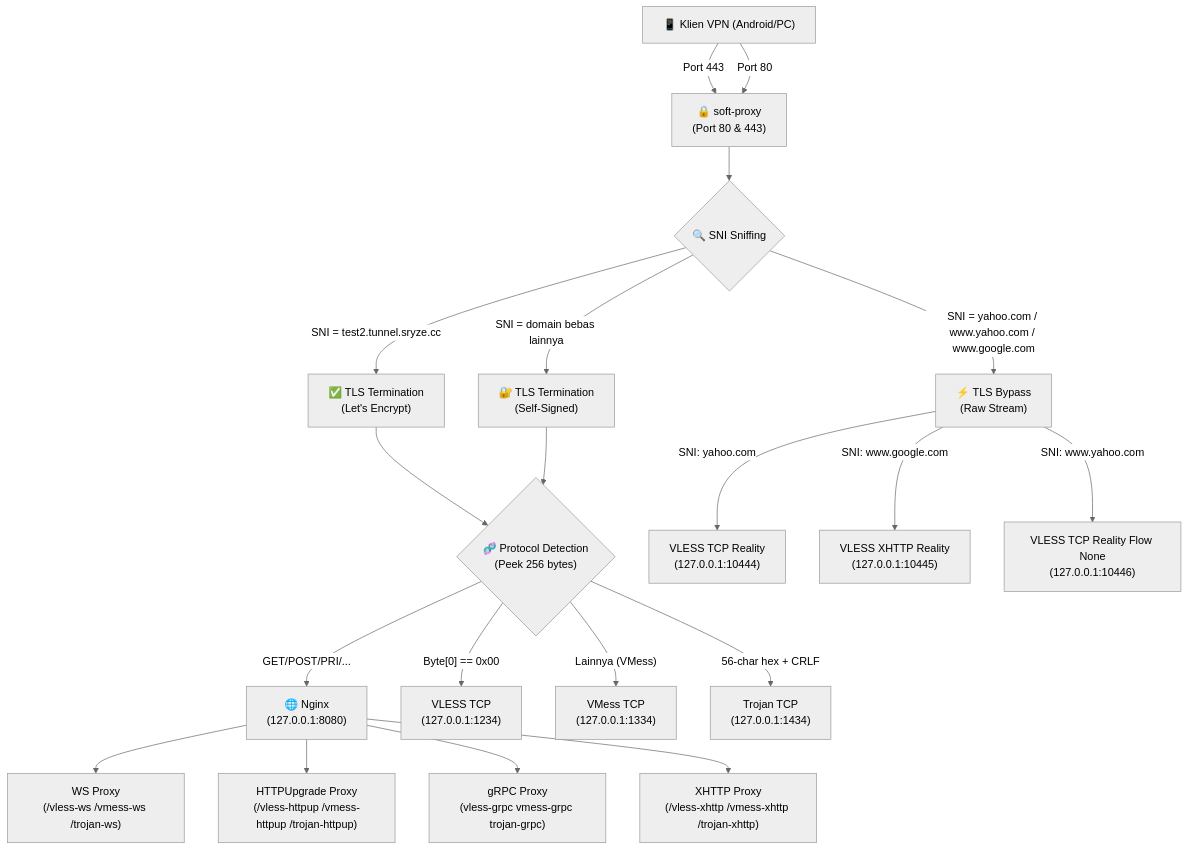
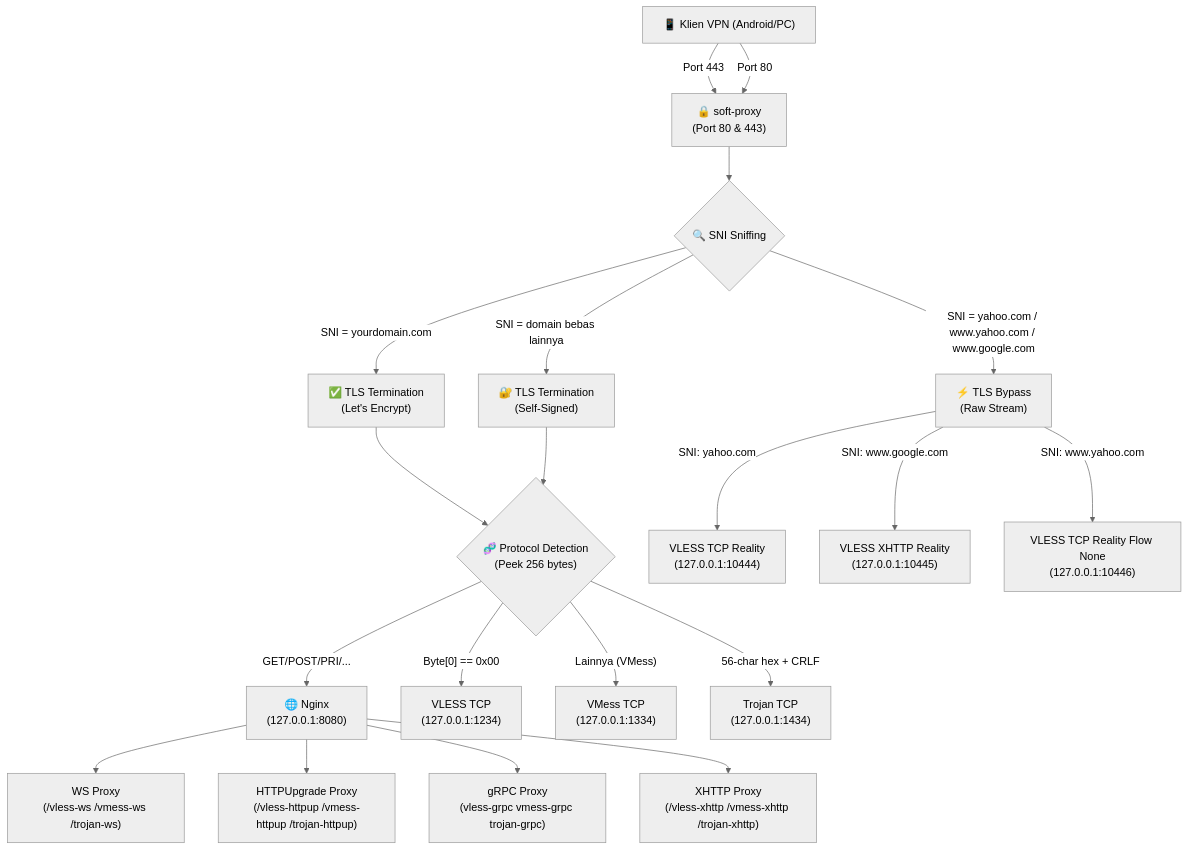
Before and after one commit to superdecrypt-dev/soft-proxy: the diagram in README.md, drawn with Mermaid (neutral theme). The commit also changed other lines of this file, not shown here.

Commit message:
Replace domain test2.tunnel.sryze.cc with dummy domain yourdomain.com in README.md

````diff
--- a/README.md
+++ b/README.md
@@ -44,48 +44,48 @@
 ```mermaid
 flowchart TD
     Client["📱 Klien VPN (Android/PC)"]
     SP["🔒 soft-proxy\n(Port 80 & 443)"]
     SNI{"🔍 SNI Sniffing"}
     ACME["✅ TLS Termination\n(Let's Encrypt)"]
     SS["🔐 TLS Termination\n(Self-Signed)"]
     BYPASS["⚡ TLS Bypass\n(Raw Stream)"]
     DETECT{"🧬 Protocol Detection\n(Peek 256 bytes)"}
     NGINX["🌐 Nginx\n(127.0.0.1:8080)"]
     VLESS_TCP["VLESS TCP\n(127.0.0.1:1234)"]
     VMESS_TCP["VMess TCP\n(127.0.0.1:1334)"]
     TROJAN_TCP["Trojan TCP\n(127.0.0.1:1434)"]
     
     REALITY_TCP["VLESS TCP Reality\n(127.0.0.1:10444)"]
     REALITY_XHTTP["VLESS XHTTP Reality\n(127.0.0.1:10445)"]
     REALITY_TCP_NOFLOW["VLESS TCP Reality Flow None\n(127.0.0.1:10446)"]
     
     Proxy_WS["WS Proxy\n(/vless-ws /vmess-ws /trojan-ws)"]
     Proxy_HTTPUpgrade["HTTPUpgrade Proxy\n(/vless-httpup /vmess-httpup /trojan-httpup)"]
     Proxy_gRPC["gRPC Proxy\n(vless-grpc vmess-grpc trojan-grpc)"]
     Proxy_XHTTP["XHTTP Proxy\n(/vless-xhttp /vmess-xhttp /trojan-xhttp)"]
 
     Client -->|"Port 443"| SP
     Client -->|"Port 80"| SP
     SP --> SNI
 
-    SNI -->|"SNI = test2.tunnel.sryze.cc"| ACME
+    SNI -->|"SNI = yourdomain.com"| ACME
     SNI -->|"SNI = yahoo.com / www.yahoo.com / www.google.com"| BYPASS
     SNI -->|"SNI = domain bebas lainnya"| SS
 
     ACME --> DETECT
     SS --> DETECT
 
     DETECT -->|"Byte[0] == 0x00"| VLESS_TCP
     DETECT -->|"56-char hex + CRLF"| TROJAN_TCP
     DETECT -->|"GET/POST/PRI/..."| NGINX
     DETECT -->|"Lainnya (VMess)"| VMESS_TCP
 
     BYPASS -->|"SNI: yahoo.com"| REALITY_TCP
     BYPASS -->|"SNI: www.google.com"| REALITY_XHTTP
     BYPASS -->|"SNI: www.yahoo.com"| REALITY_TCP_NOFLOW
 
     NGINX --> Proxy_WS
     NGINX --> Proxy_HTTPUpgrade
     NGINX --> Proxy_gRPC
     NGINX --> Proxy_XHTTP
 ```
````
